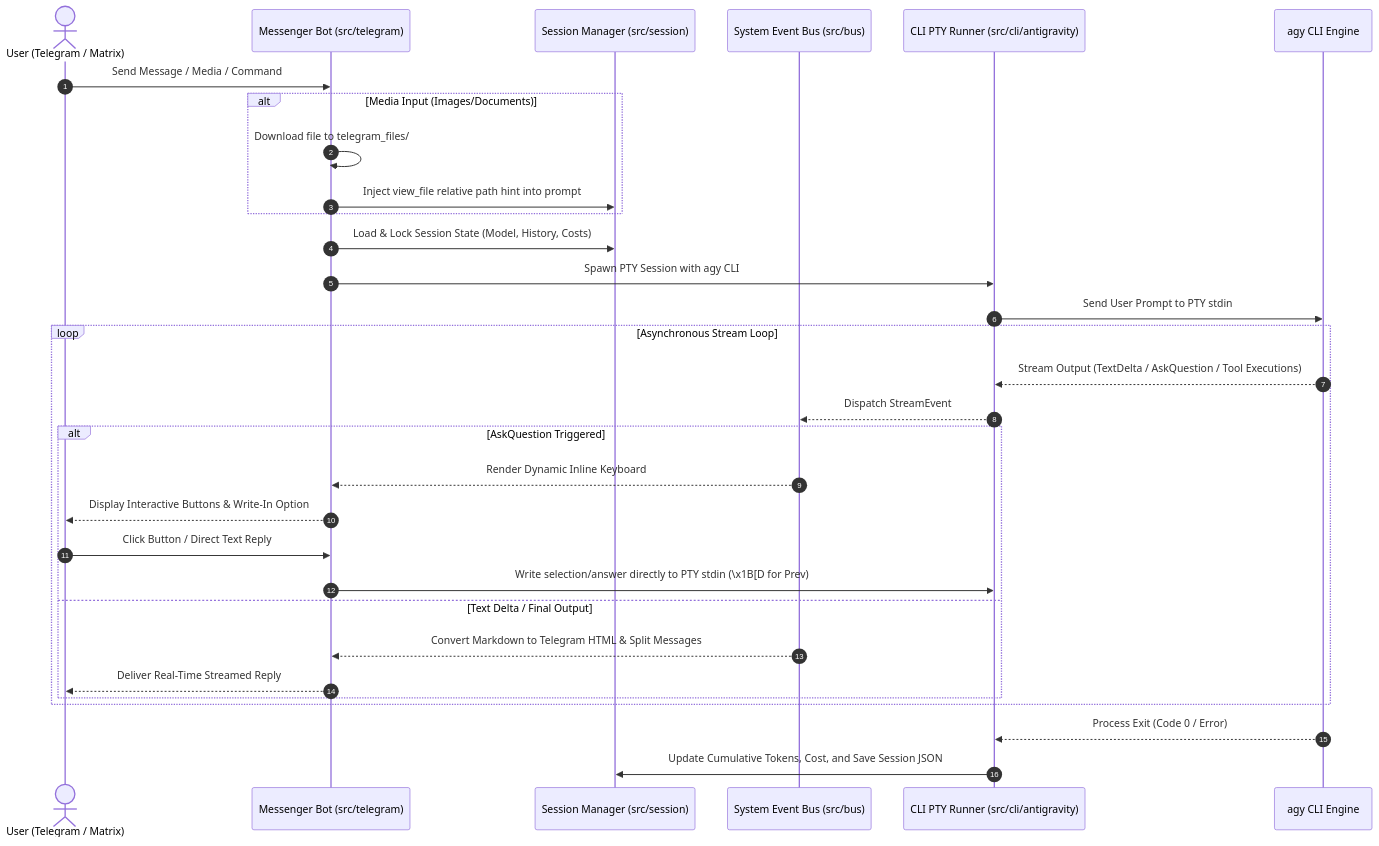
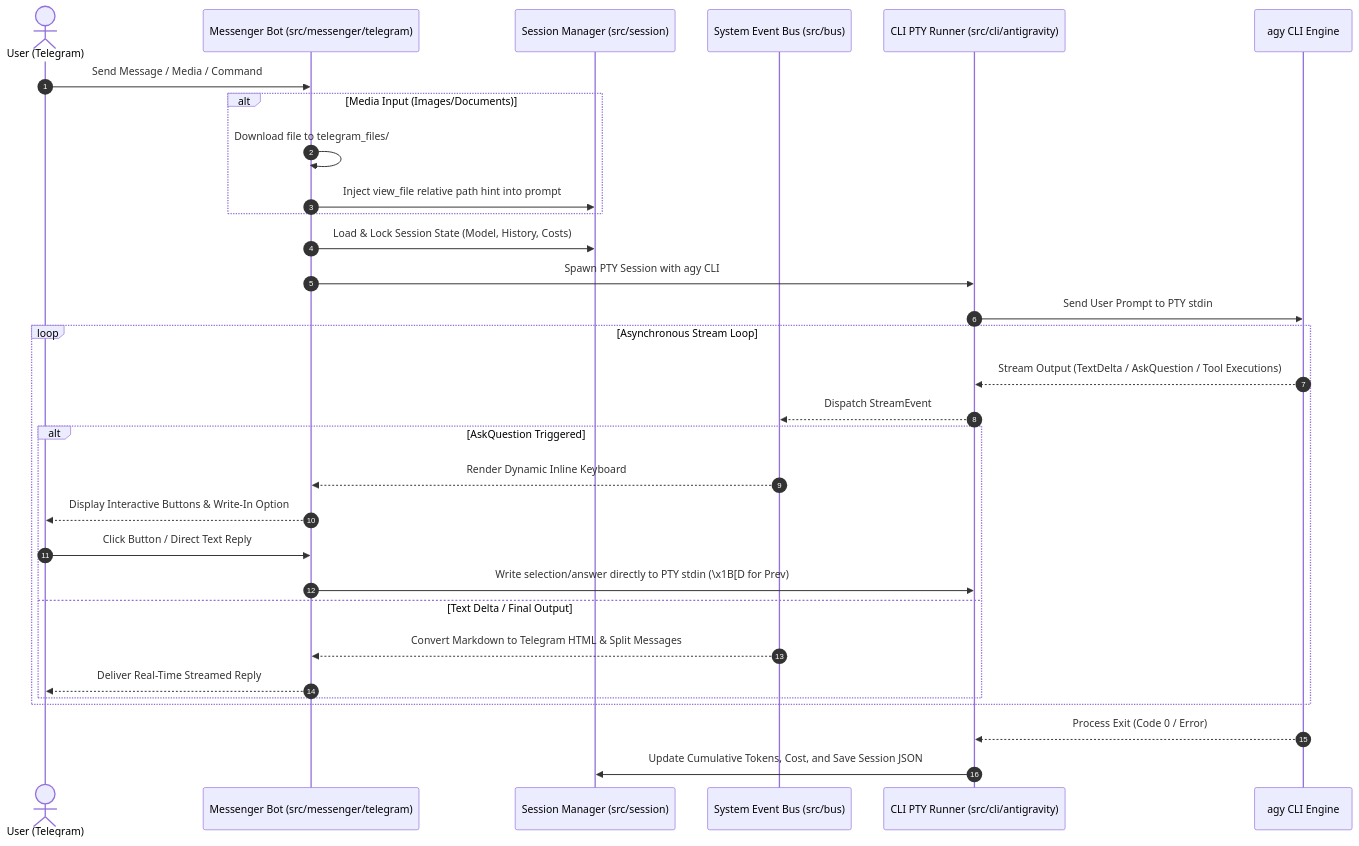
Before and after one commit to imwoo90/tuner: the diagram in README.md, drawn with Mermaid. The commit also changed other lines of this file, not shown here.

Commit message:
docs: update README.md to reflect matrix and task engine pruning

````diff
--- a/README.md
+++ b/README.md
@@ -46,36 +43,36 @@
 ```mermaid
 sequenceDiagram
     autonumber
-    actor User as User (Telegram / Matrix)
-    participant Bot as Messenger Bot (src/telegram)
+    actor User as User (Telegram)
+    participant Bot as Messenger Bot (src/messenger/telegram)
     participant Session as Session Manager (src/session)
     participant Bus as System Event Bus (src/bus)
     participant PTY as CLI PTY Runner (src/cli/antigravity)
     participant AGY as agy CLI Engine
 
     User->>Bot: Send Message / Media / Command
     alt Media Input (Images/Documents)
         Bot->>Bot: Download file to telegram_files/
         Bot->>Session: Inject view_file relative path hint into prompt
     end
     Bot->>Session: Load & Lock Session State (Model, History, Costs)
     Bot->>PTY: Spawn PTY Session with agy CLI
     PTY->>AGY: Send User Prompt to PTY stdin
 
     loop Asynchronous Stream Loop
         AGY-->>PTY: Stream Output (TextDelta / AskQuestion / Tool Executions)
         PTY-->>Bus: Dispatch StreamEvent
         alt AskQuestion Triggered
             Bus-->>Bot: Render Dynamic Inline Keyboard
             Bot-->>User: Display Interactive Buttons & Write-In Option
             User->>Bot: Click Button / Direct Text Reply
             Bot->>PTY: Write selection/answer directly to PTY stdin (\x1B[D for Prev)
         else Text Delta / Final Output
             Bus-->>Bot: Convert Markdown to Telegram HTML & Split Messages
             Bot-->>User: Deliver Real-Time Streamed Reply
         end
     end
 
     AGY-->>PTY: Process Exit (Code 0 / Error)
     PTY->>Session: Update Cumulative Tokens, Cost, and Save Session JSON
 ```
````
